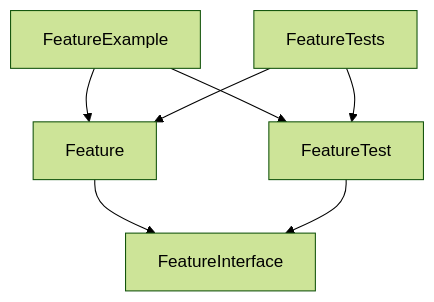
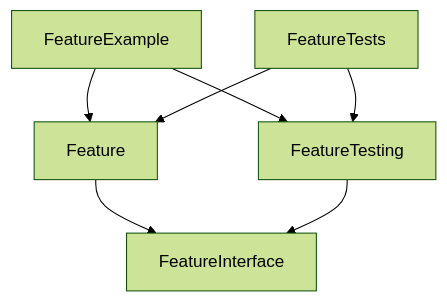
The second of 2 diagrams in README.md (talq44/fake_2024), drawn with Mermaid (forest theme) before and after one commit.

Commit message:
Update README (#66)
Update README.md

````diff
--- a/README.md
+++ b/README.md
@@ -53,10 +53,10 @@
 ```mermaid
 flowchart TD
   FeatureExample --> Feature
-  FeatureExample --> FeatureTest
+  FeatureExample --> FeatureTesting
   Feature --> FeatureInterface
   FeatureTests --> Feature
-  FeatureTests --> FeatureTest
-  FeatureTest --> FeatureInterface
+  FeatureTests --> FeatureTesting
+  FeatureTesting --> FeatureInterface
   
 ```
````
